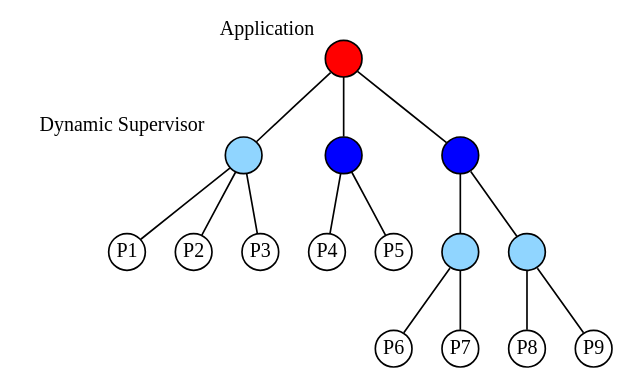
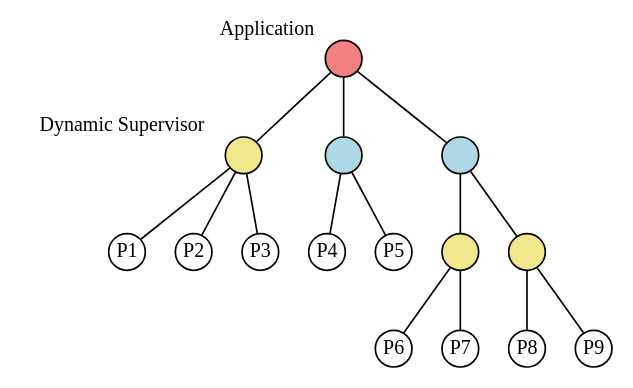
Before and after one commit to dont-rely-on-nulls/gambiconf-2025: diagram 14 of 18 in presentation.org, drawn with Graphviz. The commit also changed other lines of this file and 19 other files, not shown here.

```diff
--- a/presentation.org
+++ b/presentation.org
@@ -707,58 +707,58 @@
 #+BEGIN_SRC dot :file ./img/erlang_app_structure_iv.png :cmdline -Kdot -Tpng :exports results
 graph g {
   ratio=fill
   splines=spline
   overlap=scale
   
   node [
     label="", 
     xlabel="",
     shape=circle,
     fixedsize=true,
     width=0.3,
     color="black",
     fillcolor="white",
     style="filled,solid",
     fontsize=12
   ]
   
-  app [xlabel="Application", pos="1,1", fillcolor="red"]
-  sup1 [xlabel="Dynamic Supervisor", pos="1,1", fillcolor="#90D5FF"]
-  sup2 [pos="1,2", fillcolor="blue"]
-  sup3 [pos="1,3", fillcolor="blue"]
-  sup4 [pos="1,4", fillcolor="#90D5FF"]
-  sup5 [pos="1,5", fillcolor="#90D5FF"]
+  app [xlabel="Application", pos="1,1", fillcolor="lightcoral"]
+  sup1 [xlabel="Dynamic Supervisor", pos="1,1", fillcolor="khaki"]
+  sup2 [pos="1,2", fillcolor="lightblue"]
+  sup3 [pos="1,3", fillcolor="lightblue"]
+  sup4 [pos="1,4", fillcolor="khaki"]
+  sup5 [pos="1,5", fillcolor="khaki"]
 
   w1 [label="P1", pos="0,0"]
   w2 [label="P2", pos="0,1"]
   w3 [label="P3", pos="0,2"]
 
   w4 [label="P4", pos="0,3"]
   w5 [label="P5", pos="0,4"]
 
   w6 [label="P6", pos="0,5"]
   w7 [label="P7", pos="0,6"]
 
   w8 [label="P8", pos="0,7"]
   w9 [label="P9", pos="0,8"]
   
   app -- sup1
   app -- sup2
   app -- sup3
   sup1 -- w1
   sup1 -- w2
   sup1 -- w3
 
   sup2 -- w4
   sup2 -- w5
 
   sup3 -- sup4
   sup3 -- sup5
 
   sup4 -- w6
   sup4 -- w7
 
   sup5 -- w8
   sup5 -- w9
 }
 #+END_SRC
```
